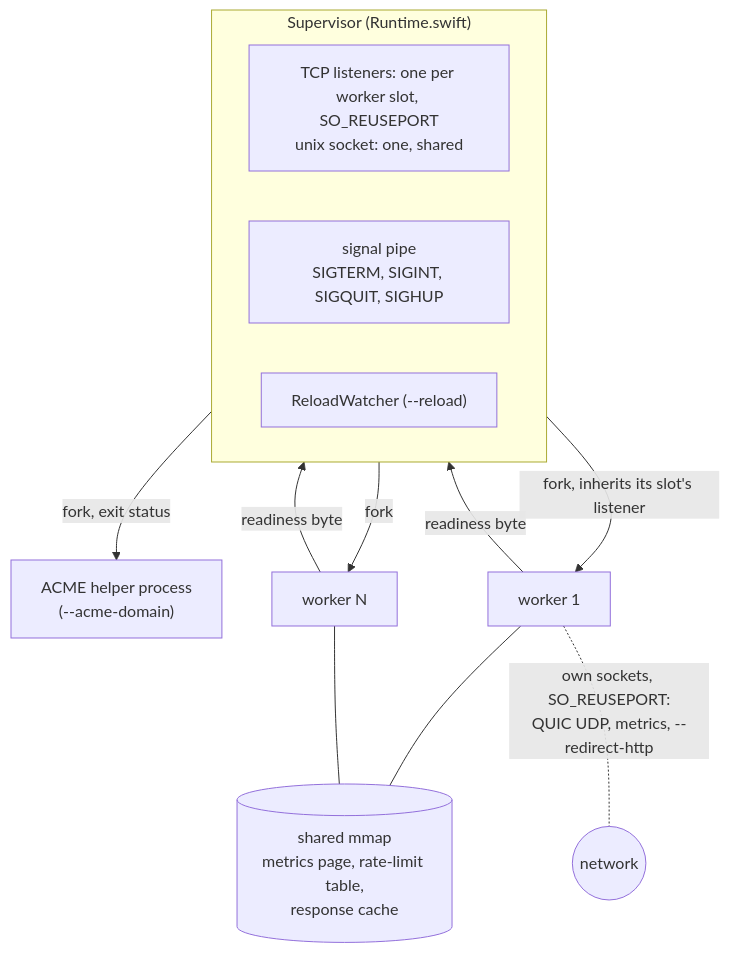
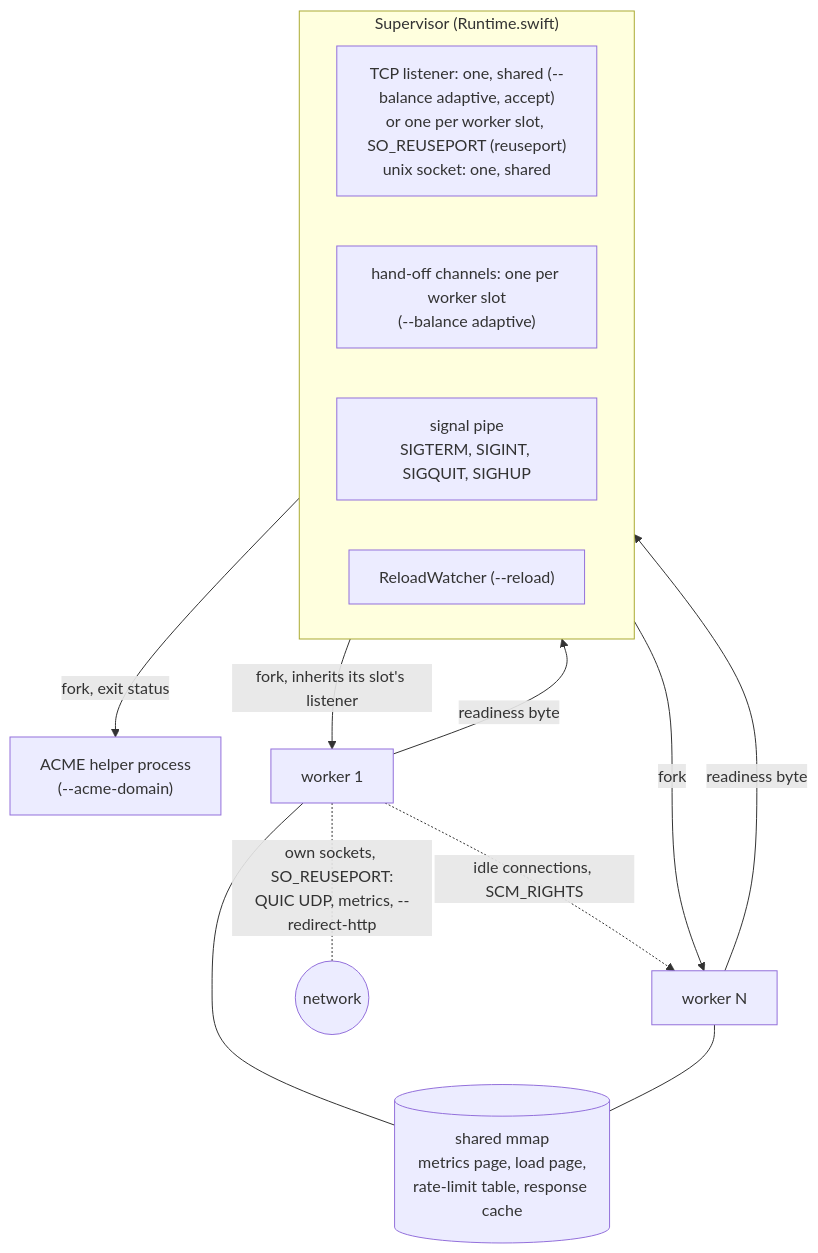
One commit to grepjava/garuda changed the second of 4 diagrams in ARCHITECTURE.md. Above: the diagram before and after it, drawn with Mermaid. The commit also changed other lines of this file and 21 other files, not shown here.

First line of the commit message:
Share connections among workers by load, and move quick ones off a worker where they would wait

````diff
--- a/ARCHITECTURE.md
+++ b/ARCHITECTURE.md
@@ -75,20 +75,22 @@
 ```mermaid
 flowchart TB
     subgraph S["Supervisor (Runtime.swift)"]
-        LS["TCP listeners: one per worker slot, SO_REUSEPORT<br/>unix socket: one, shared"]
+        LS["TCP listener: one, shared (--balance adaptive, accept)<br/>or one per worker slot, SO_REUSEPORT (reuseport)<br/>unix socket: one, shared"]
+        HC["hand-off channels: one per worker slot<br/>(--balance adaptive)"]
         SP["signal pipe<br/>SIGTERM, SIGINT, SIGQUIT, SIGHUP"]
         RW["ReloadWatcher (--reload)"]
     end
-    SHM[("shared mmap<br/>metrics page, rate-limit table,<br/>response cache")]
+    SHM[("shared mmap<br/>metrics page, load page,<br/>rate-limit table, response cache")]
     ACME["ACME helper process<br/>(--acme-domain)"]
     W1["worker 1"]
     WN["worker N"]
     S -- "fork, inherits its slot's listener" --> W1
     S -- "fork" --> WN
     S -- "fork, exit status" --> ACME
     W1 -- "readiness byte" --> S
     WN -- "readiness byte" --> S
     W1 --- SHM
     WN --- SHM
+    W1 -. "idle connections, SCM_RIGHTS" .-> WN
     W1 -. "own sockets, SO_REUSEPORT:<br/>QUIC UDP, metrics, --redirect-http" .- NET((network))
 ```
````
